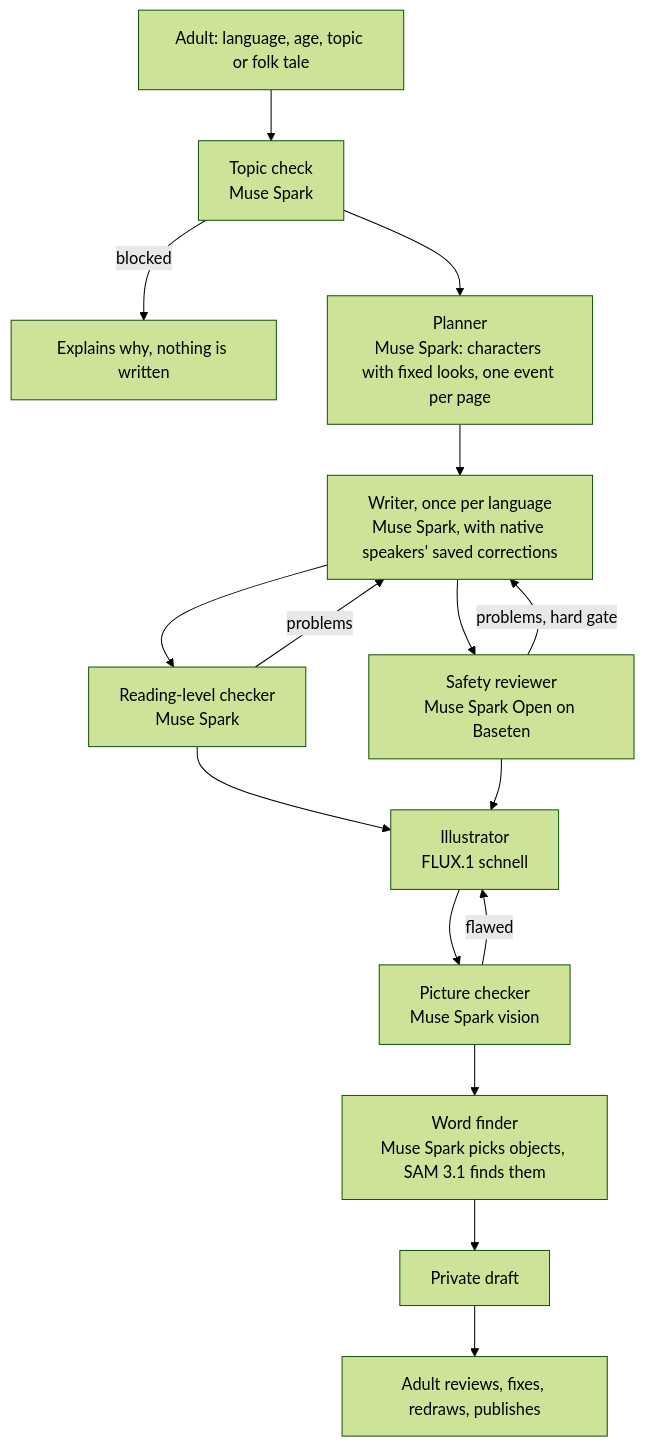
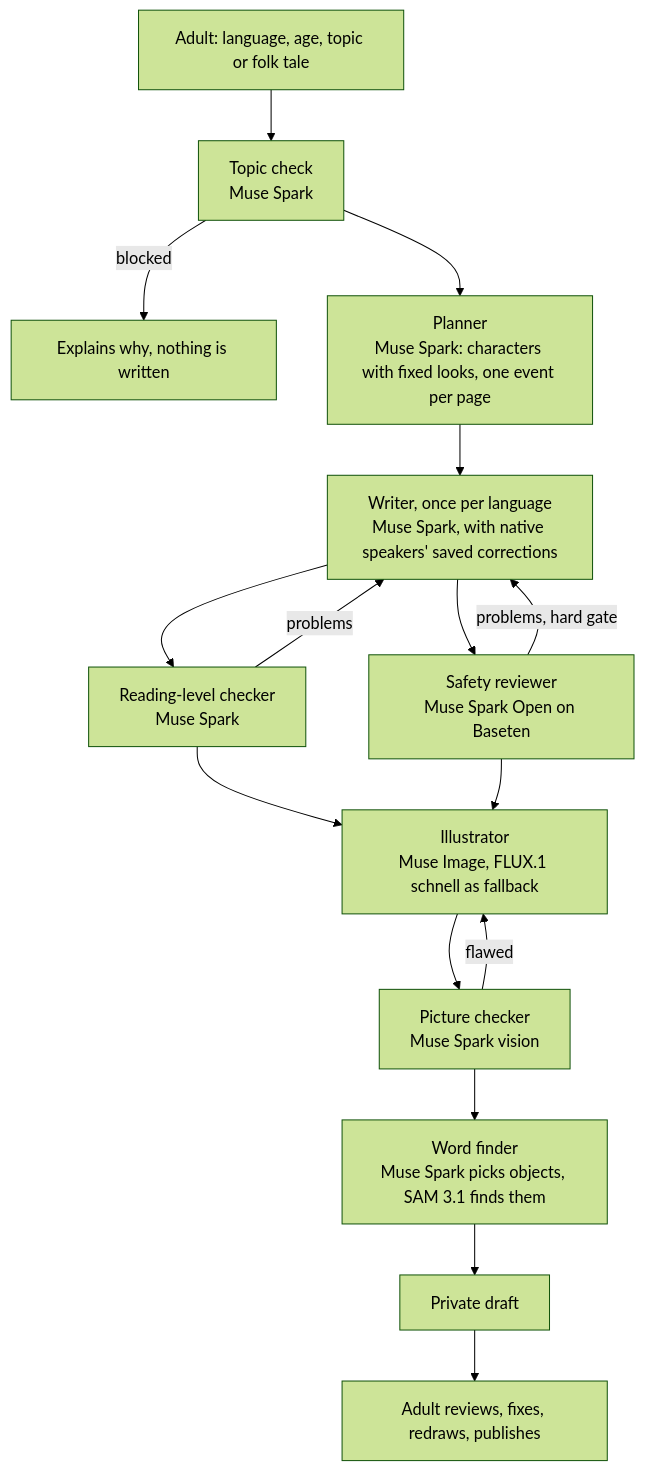
The diagram in README.md (Sahaj1207/mothertongue-books), drawn with Mermaid (forest theme) before and after one commit. The commit also changed other lines of this file and 7 other files, not shown here.

First line of the commit message:
Muse Image draws the pictures; Nepali and Basque are reviewed

````diff
--- a/README.md
+++ b/README.md
@@ -35,17 +69,33 @@
 ```mermaid
+
 flowchart TD
+
     A[Adult: language, age, topic or folk tale] --> B[Topic check<br/>Muse Spark]
+
     B -->|blocked| X[Explains why, nothing is written]
+
     B --> C[Planner<br/>Muse Spark: characters with fixed looks, one event per page]
+
     C --> D[Writer, once per language<br/>Muse Spark, with native speakers' saved corrections]
+
     D --> E[Reading-level checker<br/>Muse Spark]
+
     D --> F[Safety reviewer<br/>Muse Spark Open on Baseten]
+
     E -->|problems| D
+
     F -->|problems, hard gate| D
-    E & F --> G[Illustrator<br/>FLUX.1 schnell]
+
+    E & F --> G[Illustrator<br/>Muse Image, FLUX.1 schnell as fallback]
+
     G --> H[Picture checker<br/>Muse Spark vision]
+
     H -->|flawed| G
+
     H --> I[Word finder<br/>Muse Spark picks objects, SAM 3.1 finds them]
+
     I --> J[Private draft]
+
     J --> K[Adult reviews, fixes, redraws, publishes]
+
 ```
````
